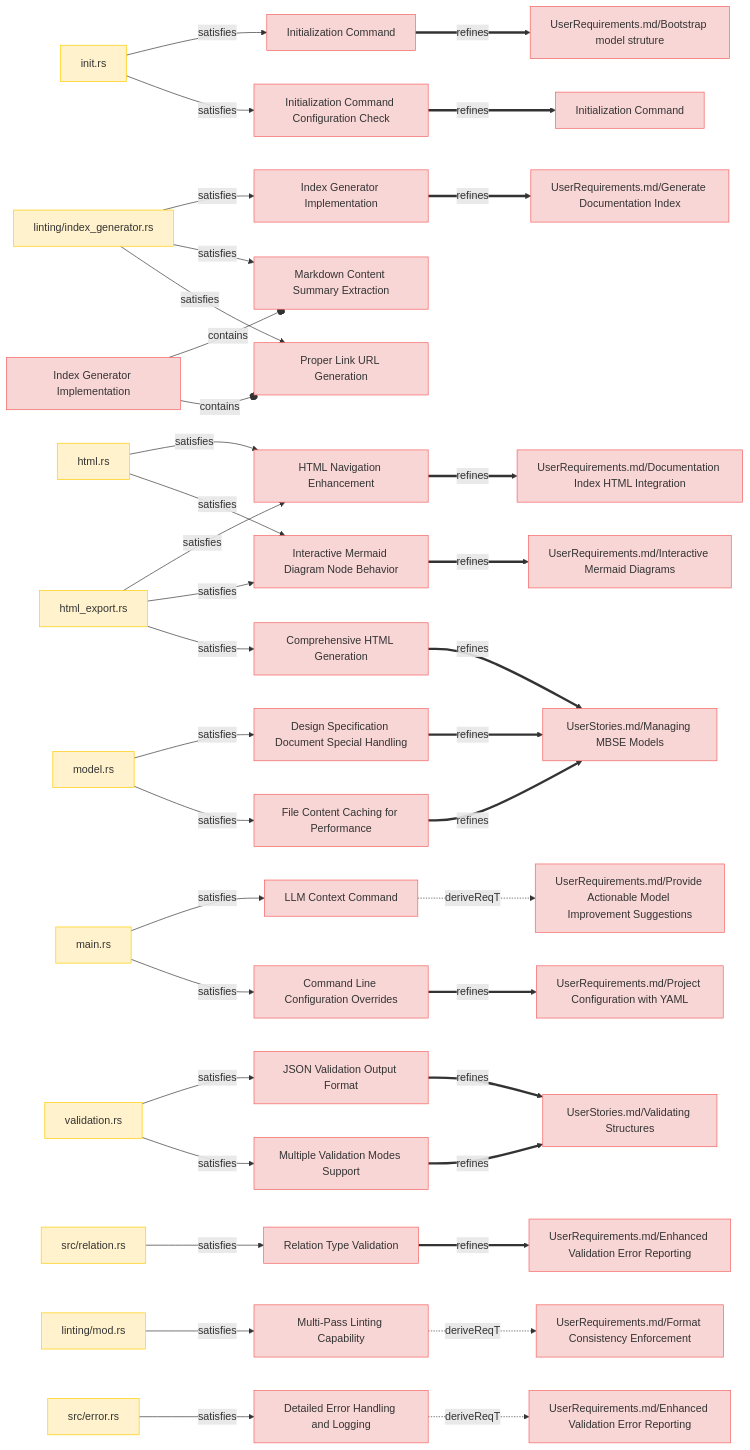
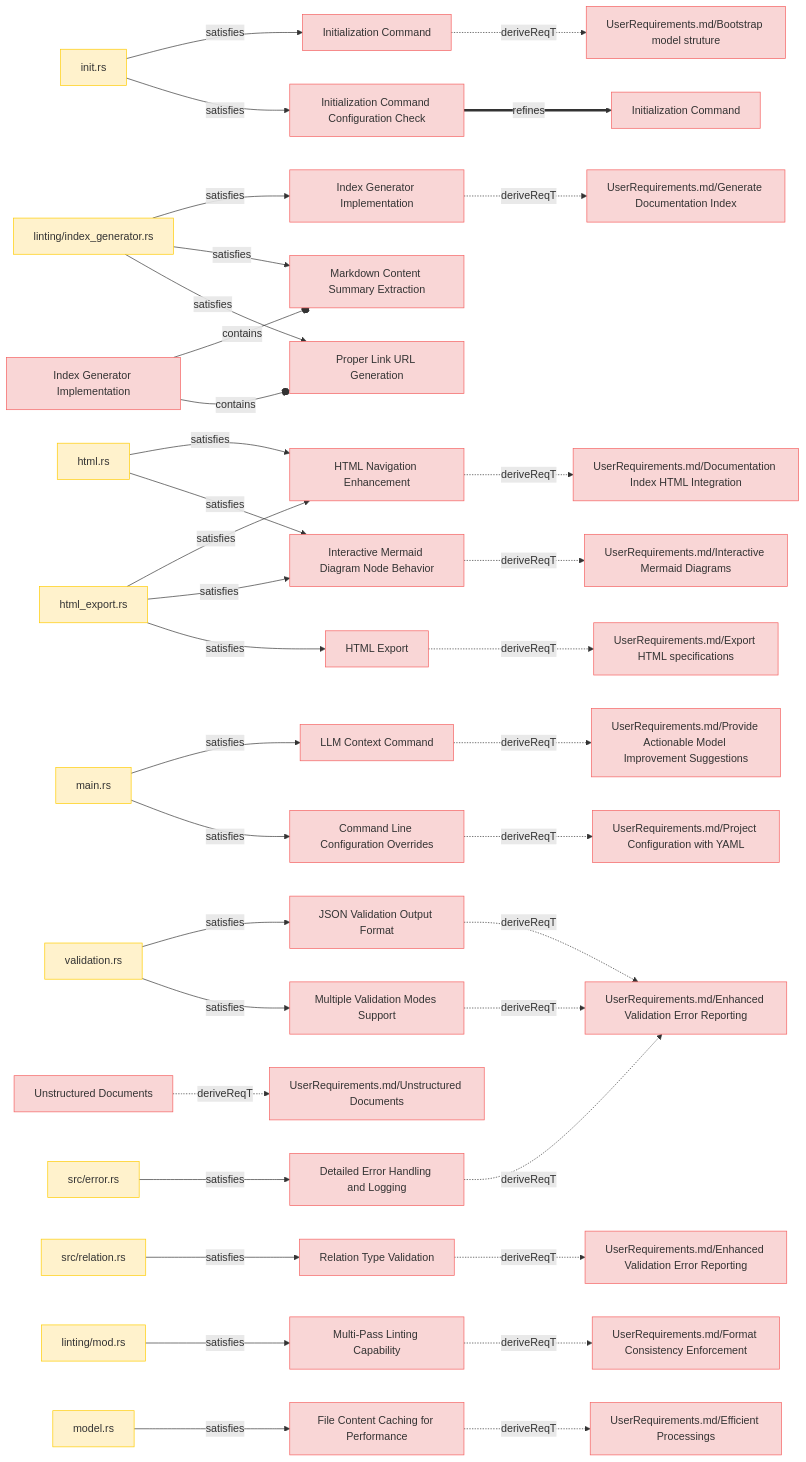
The third of 9 diagrams in specifications/SystemRequirements/Requirements.md (reqvire-org/reqvire), drawn with Mermaid before and after one commit. The commit also changed other lines of this file and 16 other files, not shown here.

````diff
--- a/specifications/SystemRequirements/Requirements.md
+++ b/specifications/SystemRequirements/Requirements.md
@@ -299,7 +315,7 @@
     Initialization_Command["Initialization Command"];
     click Initialization_Command "SystemRequirements/Requirements.md#initialization-command";
     class Initialization_Command requirement;
-    Initialization_Command ==>|refines| _UserRequirements_md_Bootstrap_model_struture__UserRequirements_md_bootstrap_model_struture_;
+    Initialization_Command -.->|deriveReqT| _UserRequirements_md_Bootstrap_model_struture__UserRequirements_md_bootstrap_model_struture_;
     _UserRequirements_md_Bootstrap_model_struture__UserRequirements_md_bootstrap_model_struture_["UserRequirements.md/Bootstrap model struture"];
     click _UserRequirements_md_Bootstrap_model_struture__UserRequirements_md_bootstrap_model_struture_ "UserRequirements.md#bootstrap-model-struture";
     class _UserRequirements_md_Bootstrap_model_struture__UserRequirements_md_bootstrap_model_struture_ requirement;
@@ -318,7 +334,7 @@
     Index_Generator_Implementation["Index Generator Implementation"];
     click Index_Generator_Implementation "SystemRequirements/Requirements.md#index-generator-implementation";
     class Index_Generator_Implementation requirement;
-    Index_Generator_Implementation ==>|refines| _UserRequirements_md_Generate_Documentation_Index__UserRequirements_md_generate_documentation_index_;
+    Index_Generator_Implementation -.->|deriveReqT| _UserRequirements_md_Generate_Documentation_Index__UserRequirements_md_generate_documentation_index_;
     _UserRequirements_md_Generate_Documentation_Index__UserRequirements_md_generate_documentation_index_["UserRequirements.md/Generate Documentation Index"];
     click _UserRequirements_md_Generate_Documentation_Index__UserRequirements_md_generate_documentation_index_ "UserRequirements.md#generate-documentation-index";
     class _UserRequirements_md_Generate_Documentation_Index__UserRequirements_md_generate_documentation_index_ requirement;
@@ -342,7 +358,7 @@
     HTML_Navigation_Enhancement["HTML Navigation Enhancement"];
     click HTML_Navigation_Enhancement "SystemRequirements/Requirements.md#html-navigation-enhancement";
     class HTML_Navigation_Enhancement requirement;
-    HTML_Navigation_Enhancement ==>|refines| _UserRequirements_md_Documentation_Index_HTML_Integration__UserRequirements_md_documentation_index_html_integration_;
+    HTML_Navigation_Enhancement -.->|deriveReqT| _UserRequirements_md_Documentation_Index_HTML_Integration__UserRequirements_md_documentation_index_html_integration_;
     _UserRequirements_md_Documentation_Index_HTML_Integration__UserRequirements_md_documentation_index_html_integration_["UserRequirements.md/Documentation Index HTML Integration"];
     click _UserRequirements_md_Documentation_Index_HTML_Integration__UserRequirements_md_documentation_index_html_integration_ "UserRequirements.md#documentation-index-html-integration";
     class _UserRequirements_md_Documentation_Index_HTML_Integration__UserRequirements_md_documentation_index_html_integration_ requirement;
@@ -368,10 +384,10 @@
     JSON_Validation_Output_Format["JSON Validation Output Format"];
     click JSON_Validation_Output_Format "SystemRequirements/Requirements.md#json-validation-output-format";
     class JSON_Validation_Output_Format requirement;
-    JSON_Validation_Output_Format ==>|refines| _UserStories_md_Validating_Structures__UserStories_md_validating_structures_;
-    _UserStories_md_Validating_Structures__UserStories_md_validating_structures_["UserStories.md/Validating Structures"];
-    click _UserStories_md_Validating_Structures__UserStories_md_validating_structures_ "UserStories.md#validating-structures";
-    class _UserStories_md_Validating_Structures__UserStories_md_validating_structures_ requirement;
+    JSON_Validation_Output_Format -.->|deriveReqT| _UserRequirements_md_Enhanced_Validation_Error_Reporting__UserRequirements_md_enhanced_validation_error_reporting_;
+    _UserRequirements_md_Enhanced_Validation_Error_Reporting__UserRequirements_md_enhanced_validation_error_reporting_["UserRequirements.md/Enhanced Validation Error Reporting"];
+    click _UserRequirements_md_Enhanced_Validation_Error_Reporting__UserRequirements_md_enhanced_validation_error_reporting_ "UserRequirements.md#enhanced-validation-error-reporting";
+    class _UserRequirements_md_Enhanced_Validation_Error_Reporting__UserRequirements_md_enhanced_validation_error_reporting_ requirement;
     _validation_rs__https___github_com_reqflow_reqflow_src_validation_rs_ -->|satisfies| JSON_Validation_Output_Format;
     _validation_rs__https___github_com_reqflow_reqflow_src_validation_rs_["validation.rs"];
     click _validation_rs__https___github_com_reqflow_reqflow_src_validation_rs_ "https://github.com/reqflow/reqflow/src#validation.rs";
@@ -379,12 +395,12 @@
     Multiple_Validation_Modes_Support["Multiple Validation Modes Support"];
     click Multiple_Validation_Modes_Support "SystemRequirements/Requirements.md#multiple-validation-modes-support";
     class Multiple_Validation_Modes_Support requirement;
-    Multiple_Validation_Modes_Support ==>|refines| _UserStories_md_Validating_Structures__UserStories_md_validating_structures_;
+    Multiple_Validation_Modes_Support -.->|deriveReqT| _UserRequirements_md_Enhanced_Validation_Error_Reporting__UserRequirements_md_enhanced_validation_error_reporting_;
     _validation_rs__https___github_com_reqflow_reqflow_src_validation_rs_ -->|satisfies| Multiple_Validation_Modes_Support;
     Interactive_Mermaid_Diagram_Node_Behavior["Interactive Mermaid Diagram Node Behavior"];
     click Interactive_Mermaid_Diagram_Node_Behavior "SystemRequirements/Requirements.md#interactive-mermaid-diagram-node-behavior";
     class Interactive_Mermaid_Diagram_Node_Behavior requirement;
-    Interactive_Mermaid_Diagram_Node_Behavior ==>|refines| _UserRequirements_md_Interactive_Mermaid_Diagrams__UserRequirements_md_interactive_mermaid_diagrams_;
+    Interactive_Mermaid_Diagram_Node_Behavior -.->|deriveReqT| _UserRequirements_md_Interactive_Mermaid_Diagrams__UserRequirements_md_interactive_mermaid_diagrams_;
     _UserRequirements_md_Interactive_Mermaid_Diagrams__UserRequirements_md_interactive_mermaid_diagrams_["UserRequirements.md/Interactive Mermaid Diagrams"];
     click _UserRequirements_md_Interactive_Mermaid_Diagrams__UserRequirements_md_interactive_mermaid_diagrams_ "UserRequirements.md#interactive-mermaid-diagrams";
     class _UserRequirements_md_Interactive_Mermaid_Diagrams__UserRequirements_md_interactive_mermaid_diagrams_ requirement;
@@ -393,26 +409,22 @@
     Command_Line_Configuration_Overrides["Command Line Configuration Overrides"];
     click Command_Line_Configuration_Overrides "SystemRequirements/Requirements.md#command-line-configuration-overrides";
     class Command_Line_Configuration_Overrides requirement;
-    Command_Line_Configuration_Overrides ==>|refines| _UserRequirements_md_Project_Configuration_with_YAML__UserRequirements_md_project_configuration_with_yaml_;
+    Command_Line_Configuration_Overrides -.->|deriveReqT| _UserRequirements_md_Project_Configuration_with_YAML__UserRequirements_md_project_configuration_with_yaml_;
     _UserRequirements_md_Project_Configuration_with_YAML__UserRequirements_md_project_configuration_with_yaml_["UserRequirements.md/Project Configuration with YAML"];
     click _UserRequirements_md_Project_Configuration_with_YAML__UserRequirements_md_project_configuration_with_yaml_ "UserRequirements.md#project-configuration-with-yaml";
     class _UserRequirements_md_Project_Configuration_with_YAML__UserRequirements_md_project_configuration_with_yaml_ requirement;
     _main_rs__https___github_com_reqflow_reqflow_src_main_rs_ -->|satisfies| Command_Line_Configuration_Overrides;
-    Design_Specification_Document_Special_Handling["Design Specification Document Special Handling"];
-    click Design_Specification_Document_Special_Handling "SystemRequirements/Requirements.md#design-specification-document-special-handling";
-    class Design_Specification_Document_Special_Handling requirement;
-    Design_Specification_Document_Special_Handling ==>|refines| _UserStories_md_Managing_MBSE_Models__UserStories_md_managing_mbse_models_;
-    _UserStories_md_Managing_MBSE_Models__UserStories_md_managing_mbse_models_["UserStories.md/Managing MBSE Models"];
-    click _UserStories_md_Managing_MBSE_Models__UserStories_md_managing_mbse_models_ "UserStories.md#managing-mbse-models";
-    class _UserStories_md_Managing_MBSE_Models__UserStories_md_managing_mbse_models_ requirement;
-    _model_rs__https___github_com_reqflow_reqflow_src_model_rs_ -->|satisfies| Design_Specification_Document_Special_Handling;
-    _model_rs__https___github_com_reqflow_reqflow_src_model_rs_["model.rs"];
-    click _model_rs__https___github_com_reqflow_reqflow_src_model_rs_ "https://github.com/reqflow/reqflow/src#model.rs";
-    class _model_rs__https___github_com_reqflow_reqflow_src_model_rs_ satisfies;
+    Unstructured_Documents["Unstructured Documents"];
+    click Unstructured_Documents "SystemRequirements/Requirements.md#unstructured-documents";
+    class Unstructured_Documents requirement;
+    Unstructured_Documents -.->|deriveReqT| _UserRequirements_md_Unstructured_Documents__UserRequirements_md_unstructured_documents_;
+    _UserRequirements_md_Unstructured_Documents__UserRequirements_md_unstructured_documents_["UserRequirements.md/Unstructured Documents"];
+    click _UserRequirements_md_Unstructured_Documents__UserRequirements_md_unstructured_documents_ "UserRequirements.md#unstructured-documents";
+    class _UserRequirements_md_Unstructured_Documents__UserRequirements_md_unstructured_documents_ requirement;
     Relation_Type_Validation["Relation Type Validation"];
     click Relation_Type_Validation "SystemRequirements/Requirements.md#relation-type-validation";
     class Relation_Type_Validation requirement;
-    Relation_Type_Validation ==>|refines| _UserRequirements_md_Enhanced_Validation_Error_Reporting_____UserRequirements_md_enhanced_validation_error_reporting_;
+    Relation_Type_Validation -.->|deriveReqT| _UserRequirements_md_Enhanced_Validation_Error_Reporting_____UserRequirements_md_enhanced_validation_error_reporting_;
     _UserRequirements_md_Enhanced_Validation_Error_Reporting_____UserRequirements_md_enhanced_validation_error_reporting_["UserRequirements.md/Enhanced Validation Error Reporting"];
     click _UserRequirements_md_Enhanced_Validation_Error_Reporting_____UserRequirements_md_enhanced_validation_error_reporting_ "../UserRequirements.md#enhanced-validation-error-reporting";
     class _UserRequirements_md_Enhanced_Validation_Error_Reporting_____UserRequirements_md_enhanced_validation_error_reporting_ requirement;
@@ -431,18 +443,18 @@
     _linting_mod_rs__https___github_com_reqflow_reqflow_src_linting_mod_rs_["linting/mod.rs"];
     click _linting_mod_rs__https___github_com_reqflow_reqflow_src_linting_mod_rs_ "https://github.com/reqflow/reqflow/src/linting#mod.rs";
     class _linting_mod_rs__https___github_com_reqflow_reqflow_src_linting_mod_rs_ satisfies;
-    Comprehensive_HTML_Generation["Comprehensive HTML Generation"];
-    click Comprehensive_HTML_Generation "SystemRequirements/Requirements.md#comprehensive-html-generation";
-    class Comprehensive_HTML_Generation requirement;
-    Comprehensive_HTML_Generation ==>|refines| _UserStories_md_Managing_MBSE_Models__UserStories_md_managing_mbse_models_;
-    _html_export_rs__https___github_com_reqflow_reqflow_src_html_export_rs_ -->|satisfies| Comprehensive_HTML_Generation;
+    HTML_Export["HTML Export"];
+    click HTML_Export "SystemRequirements/Requirements.md#html-export";
+    class HTML_Export requirement;
+    HTML_Export -.->|deriveReqT| _UserRequirements_md_Export_HTML_specifications__UserRequirements_md__export_html_specifications_;
+    _UserRequirements_md_Export_HTML_specifications__UserRequirements_md__export_html_specifications_["UserRequirements.md/Export HTML specifications"];
+    click _UserRequirements_md_Export_HTML_specifications__UserRequirements_md__export_html_specifications_ "UserRequirements.md##export-html-specifications";
+    class _UserRequirements_md_Export_HTML_specifications__UserRequirements_md__export_html_specifications_ requirement;
+    _html_export_rs__https___github_com_reqflow_reqflow_src_html_export_rs_ -->|satisfies| HTML_Export;
     Detailed_Error_Handling_and_Logging["Detailed Error Handling and Logging"];
     click Detailed_Error_Handling_and_Logging "SystemRequirements/Requirements.md#detailed-error-handling-and-logging";
     class Detailed_Error_Handling_and_Logging requirement;
     Detailed_Error_Handling_and_Logging -.->|deriveReqT| _UserRequirements_md_Enhanced_Validation_Error_Reporting__UserRequirements_md_enhanced_validation_error_reporting_;
-    _UserRequirements_md_Enhanced_Validation_Error_Reporting__UserRequirements_md_enhanced_validation_error_reporting_["UserRequirements.md/Enhanced Validation Error Reporting"];
-    click _UserRequirements_md_Enhanced_Validation_Error_Reporting__UserRequirements_md_enhanced_validation_error_reporting_ "UserRequirements.md#enhanced-validation-error-reporting";
-    class _UserRequirements_md_Enhanced_Validation_Error_Reporting__UserRequirements_md_enhanced_validation_error_reporting_ requirement;
     _src_error_rs__https___github_com_reqflow_reqflow_src_error_rs_ -->|satisfies| Detailed_Error_Handling_and_Logging;
     _src_error_rs__https___github_com_reqflow_reqflow_src_error_rs_["src/error.rs"];
     click _src_error_rs__https___github_com_reqflow_reqflow_src_error_rs_ "https://github.com/reqflow/reqflow/src#error.rs";
@@ -450,6 +462,12 @@
     File_Content_Caching_for_Performance["File Content Caching for Performance"];
     click File_Content_Caching_for_Performance "SystemRequirements/Requirements.md#file-content-caching-for-performance";
     class File_Content_Caching_for_Performance requirement;
-    File_Content_Caching_for_Performance ==>|refines| _UserStories_md_Managing_MBSE_Models__UserStories_md_managing_mbse_models_;
+    File_Content_Caching_for_Performance -.->|deriveReqT| _UserRequirements_md_Efficient_Processings__UserRequirements_md_efficient_processings_;
+    _UserRequirements_md_Efficient_Processings__UserRequirements_md_efficient_processings_["UserRequirements.md/Efficient Processings"];
+    click _UserRequirements_md_Efficient_Processings__UserRequirements_md_efficient_processings_ "UserRequirements.md#efficient_processings";
+    class _UserRequirements_md_Efficient_Processings__UserRequirements_md_efficient_processings_ requirement;
     _model_rs__https___github_com_reqflow_reqflow_src_model_rs_ -->|satisfies| File_Content_Caching_for_Performance;
+    _model_rs__https___github_com_reqflow_reqflow_src_model_rs_["model.rs"];
+    click _model_rs__https___github_com_reqflow_reqflow_src_model_rs_ "https://github.com/reqflow/reqflow/src#model.rs";
+    class _model_rs__https___github_com_reqflow_reqflow_src_model_rs_ satisfies;
 ```
````
